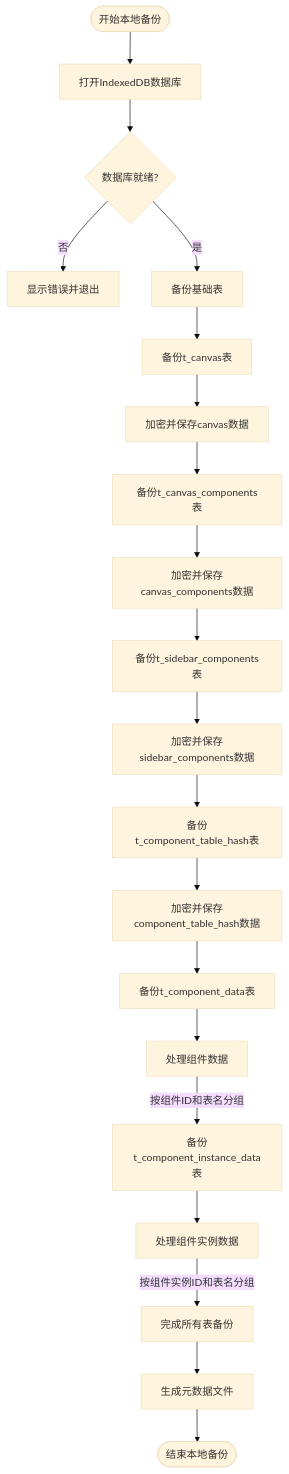
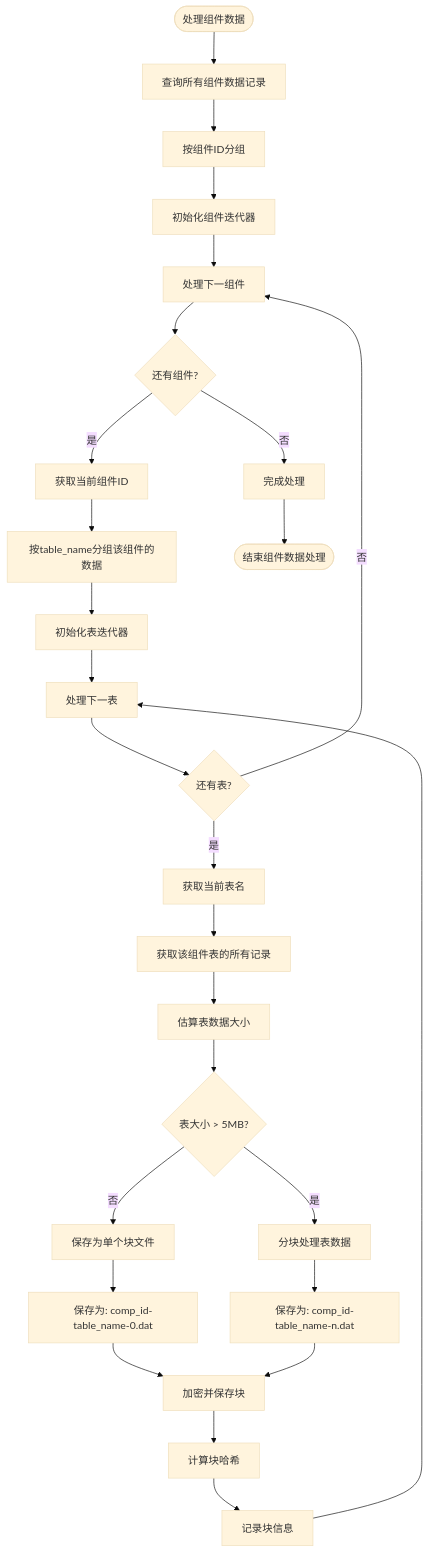
The diagram in all/未命名-52.md (yingjianzh/iodraw-files), drawn with Mermaid (base theme) before and after one commit.

Commit message:
2025-05-09 14:26:45 update

````diff
--- a/all/未命名-52.md
+++ b/all/未命名-52.md
@@ -1,30 +1,38 @@
 ```mermaid
 flowchart TD
-    Start([开始本地备份]) --> OpenDB[打开IndexedDB数据库]
-    OpenDB --> DBReady{数据库就绪?}
-    DBReady -->|否| ShowDBError[显示错误并退出]
-    DBReady -->|是| BackupBasicTables[备份基础表]
+    Start([处理组件数据]) --> QueryAll[查询所有组件数据记录]
+    QueryAll --> GroupByComp[按组件ID分组]
+    GroupByComp --> InitCompIterator[初始化组件迭代器]
     
-    BackupBasicTables --> BackupCanvas[备份t_canvas表]
-    BackupCanvas --> EncryptCanvas[加密并保存canvas数据]
+    InitCompIterator --> NextComp[处理下一组件]
+    NextComp --> HasMoreComp{还有组件?}
+    HasMoreComp -->|否| CompleteProcess[完成处理]
+    HasMoreComp -->|是| GetCompID[获取当前组件ID]
     
-    EncryptCanvas --> BackupCanvasComps[备份t_canvas_components表]
-    BackupCanvasComps --> EncryptCanvasComps[加密并保存canvas_components数据]
+    GetCompID --> GroupByTable[按table_name分组该组件的数据]
+    GroupByTable --> InitTableIterator[初始化表迭代器]
     
-    EncryptCanvasComps --> BackupSidebarComps[备份t_sidebar_components表]
-    BackupSidebarComps --> EncryptSidebarComps[加密并保存sidebar_components数据]
+    InitTableIterator --> NextTable[处理下一表]
+    NextTable --> HasMoreTables{还有表?}
+    HasMoreTables -->|否| NextComp
+    HasMoreTables -->|是| GetTableName[获取当前表名]
     
-    EncryptSidebarComps --> BackupComponentHash[备份t_component_table_hash表]
-    BackupComponentHash --> EncryptComponentHash[加密并保存component_table_hash数据]
+    GetTableName --> GetTableRecords[获取该组件表的所有记录]
+    GetTableRecords --> EstimateTableSize[估算表数据大小]
     
-    EncryptComponentHash --> BackupComponentData[备份t_component_data表]
-    BackupComponentData --> ProcessCompData[处理组件数据]
+    EstimateTableSize --> SizeCheck{表大小 > 5MB?}
+    SizeCheck -->|否| SaveAsOneChunk[保存为单个块文件]
+    SizeCheck -->|是| ChunkTable[分块处理表数据]
     
-    ProcessCompData -->|按组件ID和表名分组| BackupComponentInstData[备份t_component_instance_data表]
-    BackupComponentInstData --> ProcessInstData[处理组件实例数据]
+    SaveAsOneChunk --> SavePath[保存为: comp_id-table_name-0.dat]
+    ChunkTable --> ChunkPath[保存为: comp_id-table_name-n.dat]
     
-    ProcessInstData -->|按组件实例ID和表名分组| CompleteBackup[完成所有表备份]
-    CompleteBackup --> GenerateMetadata[生成元数据文件]
+    SavePath --> EncryptChunk[加密并保存块]
+    ChunkPath --> EncryptChunk
     
-    GenerateMetadata --> End([结束本地备份])
+    EncryptChunk --> CalcChunkHash[计算块哈希]
+    CalcChunkHash --> RecordChunkInfo[记录块信息]
+    RecordChunkInfo --> NextTable
+    
+    CompleteProcess --> End([结束组件数据处理])
 ```
````
